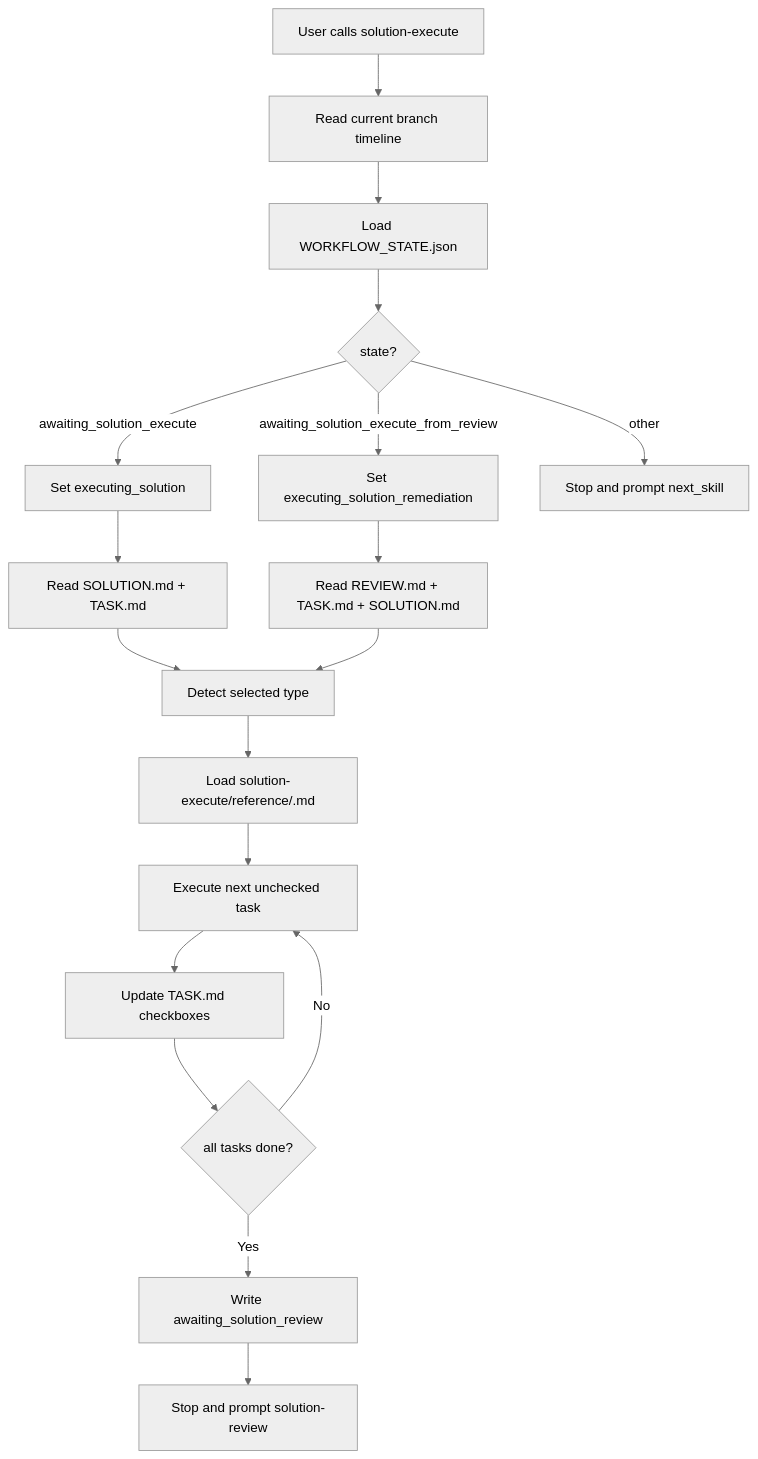
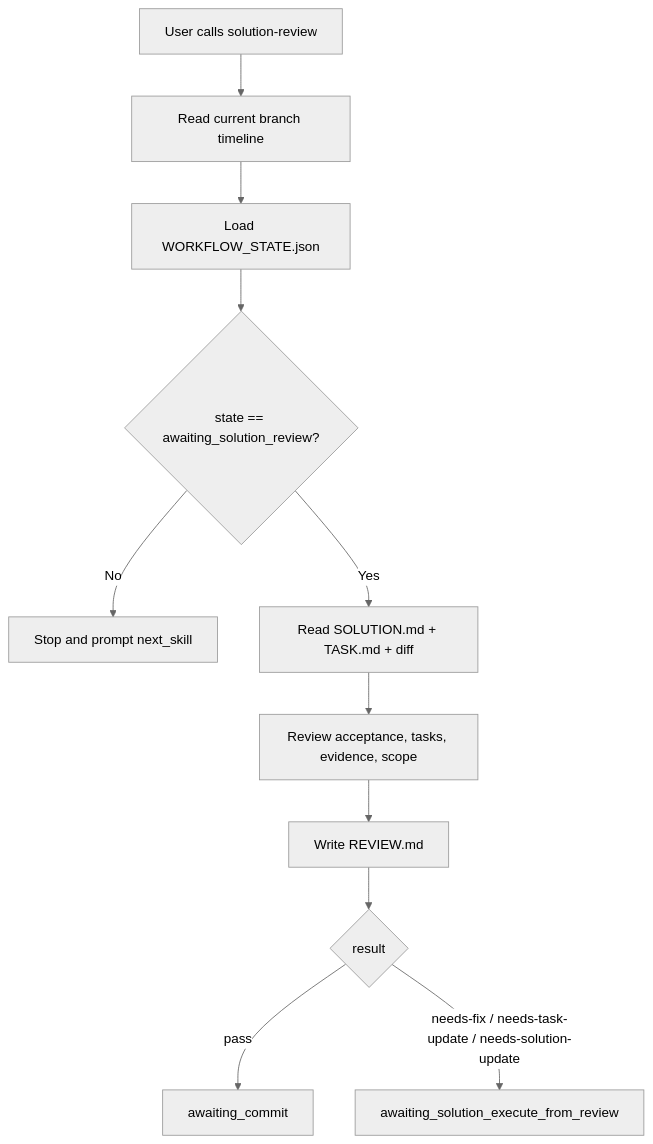
One commit to PorterZhang2021/porter-plugins changed the diagram in .codex/timeline/feat/refactor-feature-development/SOLUTION.md. Above: the diagram before and after it, drawn with Mermaid (neutral theme). The commit also changed other lines of this file and 4 other files, not shown here.

Commit message:
feat(solution): add solution-review workflow

````diff
--- a/.codex/timeline/feat/refactor-feature-development/SOLUTION.md
+++ b/.codex/timeline/feat/refactor-feature-development/SOLUTION.md
@@ -241,20 +311,13 @@
 ```mermaid
 flowchart TD
-  A["User calls solution-execute"] --> B["Read current branch timeline"]
+  A["User calls solution-review"] --> B["Read current branch timeline"]
   B --> C["Load WORKFLOW_STATE.json"]
-  C --> D{"state?"}
-  D -- "awaiting_solution_execute" --> E["Set executing_solution"]
-  D -- "awaiting_solution_execute_from_review" --> F["Set executing_solution_remediation"]
-  D -- "other" --> X["Stop and prompt next_skill"]
-  E --> G["Read SOLUTION.md + TASK.md"]
-  F --> H["Read REVIEW.md + TASK.md + SOLUTION.md"]
-  G --> I["Detect selected type"]
-  H --> I
-  I --> J["Load solution-execute/reference/<type>.md"]
-  J --> K["Execute next unchecked task"]
-  K --> L["Update TASK.md checkboxes"]
-  L --> M{"all tasks done?"}
-  M -- "No" --> K
-  M -- "Yes" --> N["Write awaiting_solution_review"]
-  N --> O["Stop and prompt solution-review"]
+  C --> D{"state == awaiting_solution_review?"}
+  D -- "No" --> X["Stop and prompt next_skill"]
+  D -- "Yes" --> E["Read SOLUTION.md + TASK.md + diff"]
+  E --> F["Review acceptance, tasks, evidence, scope"]
+  F --> G["Write REVIEW.md"]
+  G --> H{"result"}
+  H -- "pass" --> I["awaiting_commit"]
+  H -- "needs-fix / needs-task-update / needs-solution-update" --> J["awaiting_solution_execute_from_review"]
 ```
````
